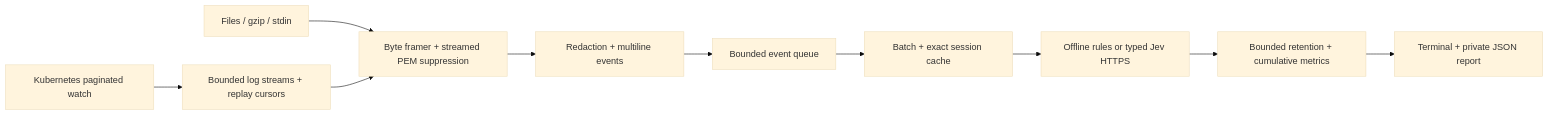
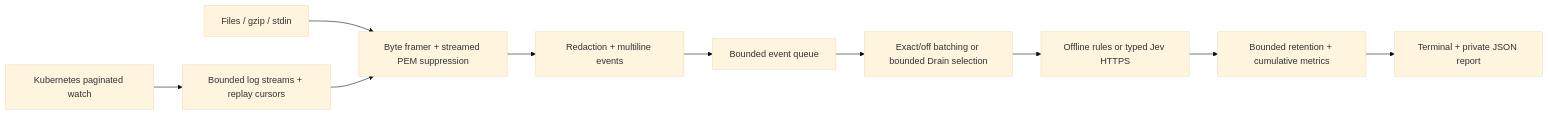
Before and after one commit to sunil-sadasivan/jevernetes: the first of 2 diagrams in docs/architecture.md, drawn with Mermaid (base theme). The commit also changed other lines of this file and 19 other files, not shown here.

Commit message:
feat: add bounded Drain template mining

````diff
--- a/docs/architecture.md
+++ b/docs/architecture.md
@@ -16,12 +17,12 @@
 ```mermaid
 flowchart LR
   A[Files / gzip / stdin] --> B[Byte framer + streamed PEM suppression]
   K[Kubernetes paginated watch] --> L[Bounded log streams + replay cursors]
   L --> B
   B --> C[Redaction + multiline events]
   C --> Q[Bounded event queue]
-  Q --> D[Batch + exact session cache]
+  Q --> D[Exact/off batching or bounded Drain selection]
   D --> E[Offline rules or typed Jev HTTPS]
   E --> R[Bounded retention + cumulative metrics]
   R --> O[Terminal + private JSON report]
 ```
````
